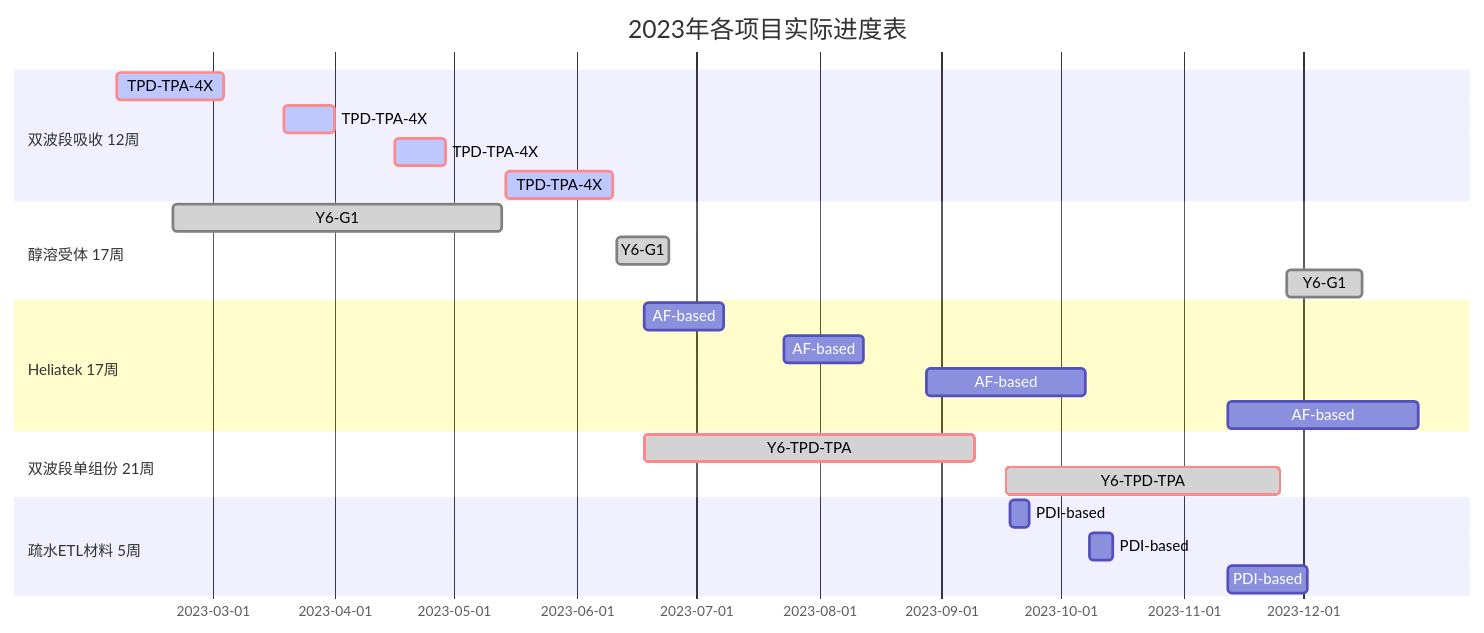
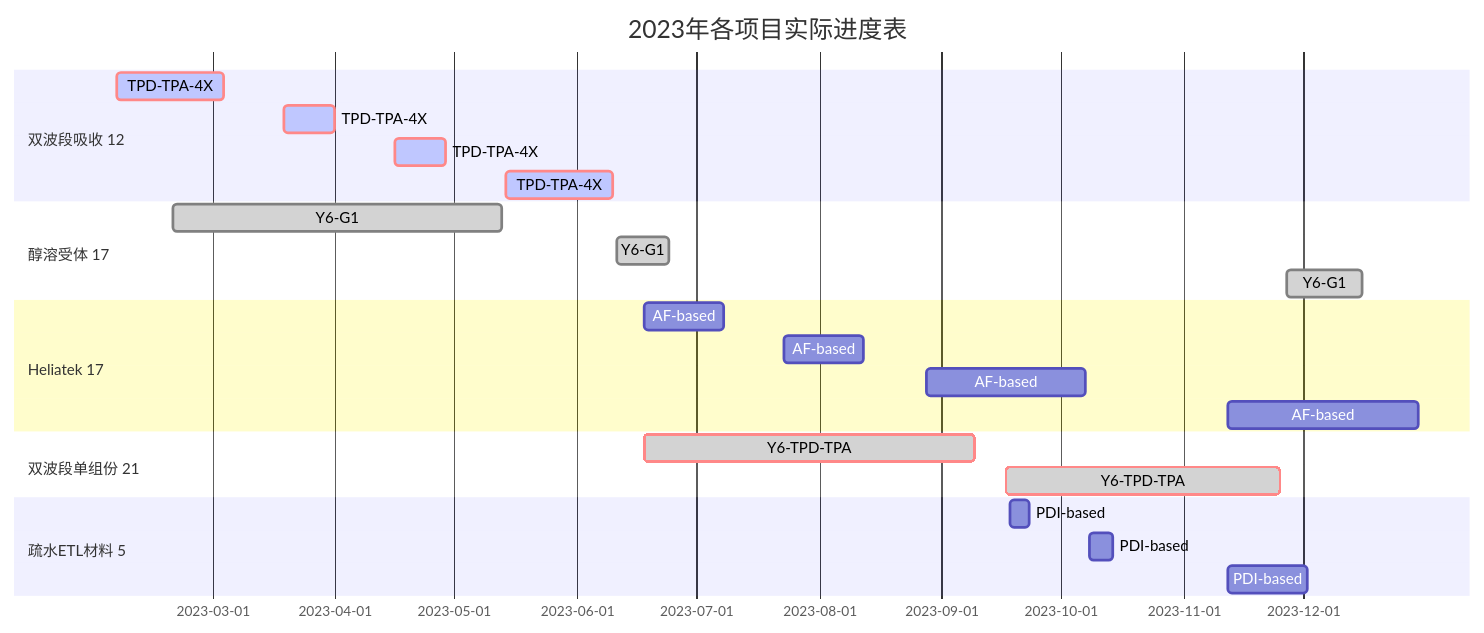
One commit to qiao-ze/qiao-ze.github.io changed the diagram in blog/category1/gantt_weekly.md. Above: the diagram before and after it, drawn with Mermaid.

````diff
--- a/blog/category1/gantt_weekly.md
+++ b/blog/category1/gantt_weekly.md
@@ -17,31 +17,31 @@
 ```mermaid
  gantt
      dateFormat  YY-MM-DD
      title 2023年各项目实际进度表
-     section 双波段吸收 12周
+     section 双波段吸收 12
      TPD-TPA-4X            :crit, active,   des1, 23-02-05,23-03-04
      TPD-TPA-4X            :crit, active,   des2, 23-03-19,23-04-01
      TPD-TPA-4X            :crit, active,   des3, 23-04-16,23-04-29
      TPD-TPA-4X            :crit, active,   des4, 23-05-14,23-06-10
 
-     section 醇溶受体 17周
+     section 醇溶受体 17
      Y6-G1            :done,    des1, 23-02-19,23-05-13
      Y6-G1            :done,    des2, 23-06-11,23-06-24
      Y6-G1            :done,    des3, 23-11-27,23-12-16
 
-     section Heliatek 17周
+     section Heliatek 17
      AF-based            :    des1, 23-06-18,23-07-08
      AF-based            :    des2, 23-07-23,23-08-12
      AF-based            :    des3, 23-08-28,23-10-07
      AF-based            :    des3, 23-11-12,23-12-30
   
-     section 双波段单组份 21周
+     section 双波段单组份 21
      Y6-TPD-TPA            :crit,done,    des1, 23-06-18,23-09-09
      Y6-TPD-TPA            :crit,done,    des2, 23-09-17,23-11-25
    
-     section 疏水ETL材料 5周
+     section 疏水ETL材料 5
      PDI-based            :    des1, 23-09-18,23-09-23
      PDI-based            :    des2, 23-10-08,23-10-14
      PDI-based            :    des3, 23-11-12,23-12-02 
      
 ```
````
